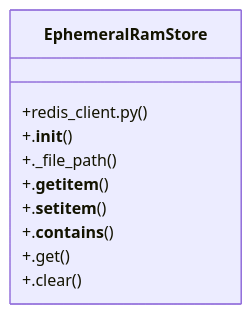
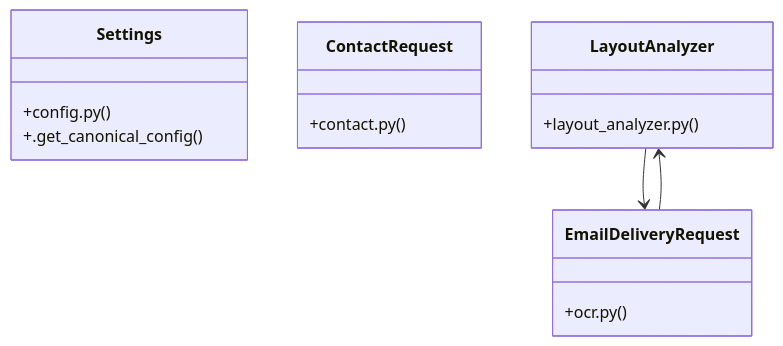
One commit to IHKodifier/freeOcr changed the diagram in src/graphify-out/wiki/Community_4.md. Above: the diagram before and after it, drawn with Mermaid. The commit also changed other lines of this file and 40 other files, not shown here.

````diff
--- a/src/graphify-out/wiki/Community_4.md
+++ b/src/graphify-out/wiki/Community_4.md
@@ -36,13 +36,18 @@
 ```mermaid
 classDiagram
-    class EphemeralRamStore {
-        +redis_client.py()
-        +.__init__()
-        +._file_path()
-        +.__getitem__()
-        +.__setitem__()
-        +.__contains__()
-        +.get()
-        +.clear()
+    class Settings {
+        +config.py()
+        +.get_canonical_config()
     }
+    class ContactRequest {
+        +contact.py()
+    }
+    class LayoutAnalyzer {
+        +layout_analyzer.py()
+    }
+    class EmailDeliveryRequest {
+        +ocr.py()
+    }
+    LayoutAnalyzer --> EmailDeliveryRequest
+    EmailDeliveryRequest --> LayoutAnalyzer
 ```
````
